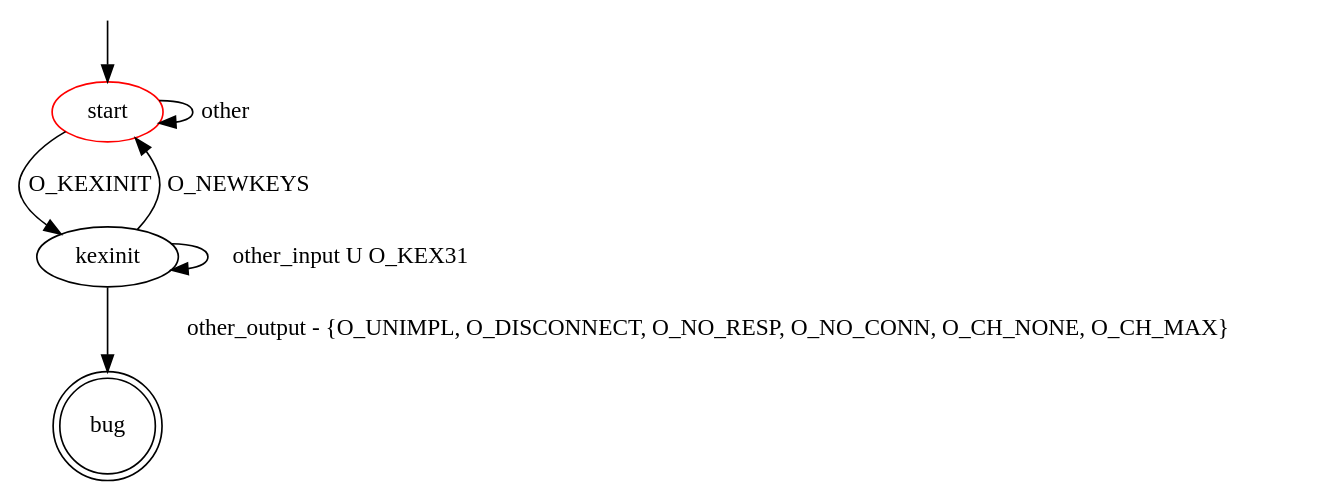
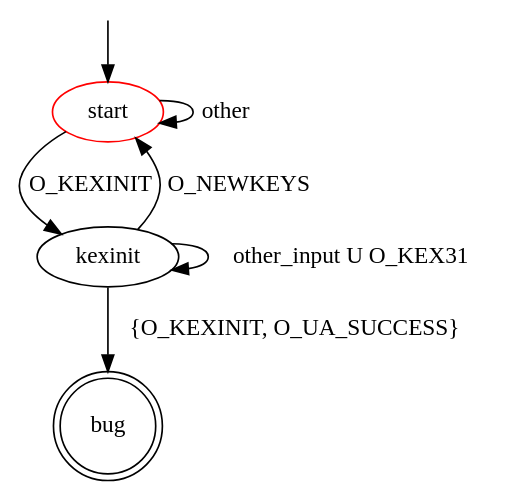
Before and after one commit to assist-project/state-machine-bug-finder: the diagram in src/main/resources/patterns/ssh/server/invalid_response_before_newkeys.dot, drawn with Graphviz. The commit also changed 35 other files, not shown here.

```diff
--- a/src/main/resources/patterns/ssh/server/invalid_response_before_newkeys.dot
+++ b/src/main/resources/patterns/ssh/server/invalid_response_before_newkeys.dot
@@ -1,14 +1,14 @@
 digraph G {
 label=""
 start [color="red"]
 bug [shape="doublecircle"]
 
 start -> kexinit [label="O_KEXINIT"]
 start -> start [label="other"]
-kexinit -> bug [label="other_output - {O_UNIMPL, O_DISCONNECT, O_NO_RESP, O_NO_CONN, O_CH_NONE, O_CH_MAX}"]
+kexinit -> bug [label="{O_KEXINIT, O_UA_SUCCESS}"]
 kexinit -> start [label="O_NEWKEYS"]
 kexinit -> kexinit [label="other_input U O_KEX31"]
 
 __start0 [label="" shape="none" width="0" height="0"];
 __start0 -> start;
 }
```
